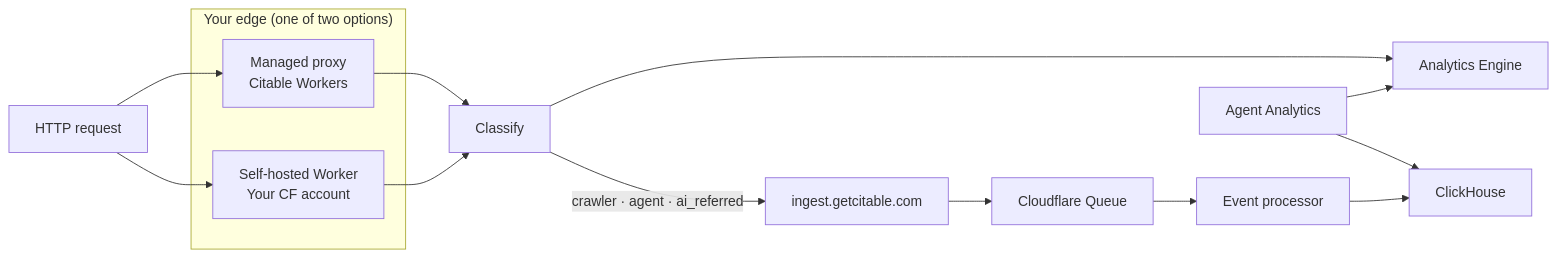
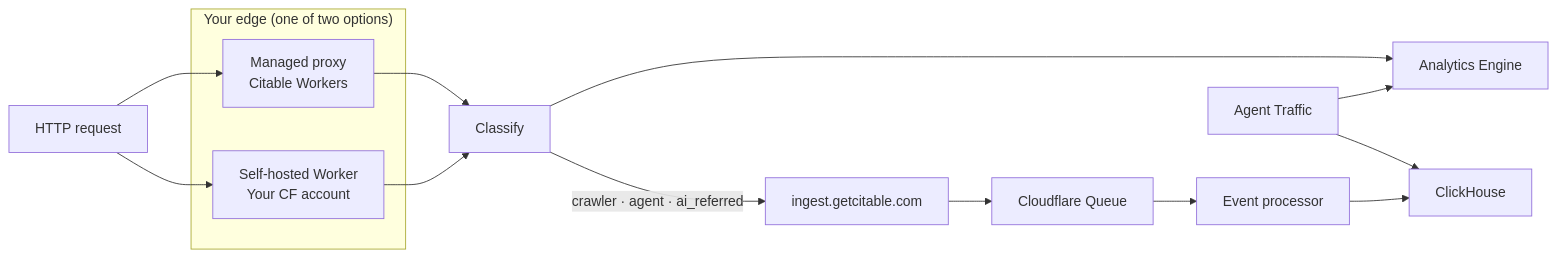
The diagram in integrations/ingest-pipeline.mdx (getcitable/mintlify-docs), drawn with Mermaid before and after one commit. The commit also changed other lines of this file and 3 other files, not shown here.

````diff
--- a/integrations/ingest-pipeline.mdx
+++ b/integrations/ingest-pipeline.mdx
@@ -34,18 +34,18 @@
 ```mermaid
 flowchart LR
     subgraph edge ["Your edge (one of two options)"]
         M["Managed proxy<br/>Citable Workers"]
         S["Self-hosted Worker<br/>Your CF account"]
     end
     A["HTTP request"] --> M
     A --> S
     M --> B["Classify"]
     S --> B
     B --> C["Analytics Engine"]
     B -->|"crawler · agent · ai_referred"| D["ingest.getcitable.com"]
     D --> E["Cloudflare Queue"]
     E --> F["Event processor"]
     F --> G["ClickHouse"]
-    H["Agent Analytics"] --> C
+    H["Agent Traffic"] --> C
     H --> G
 ```
````
